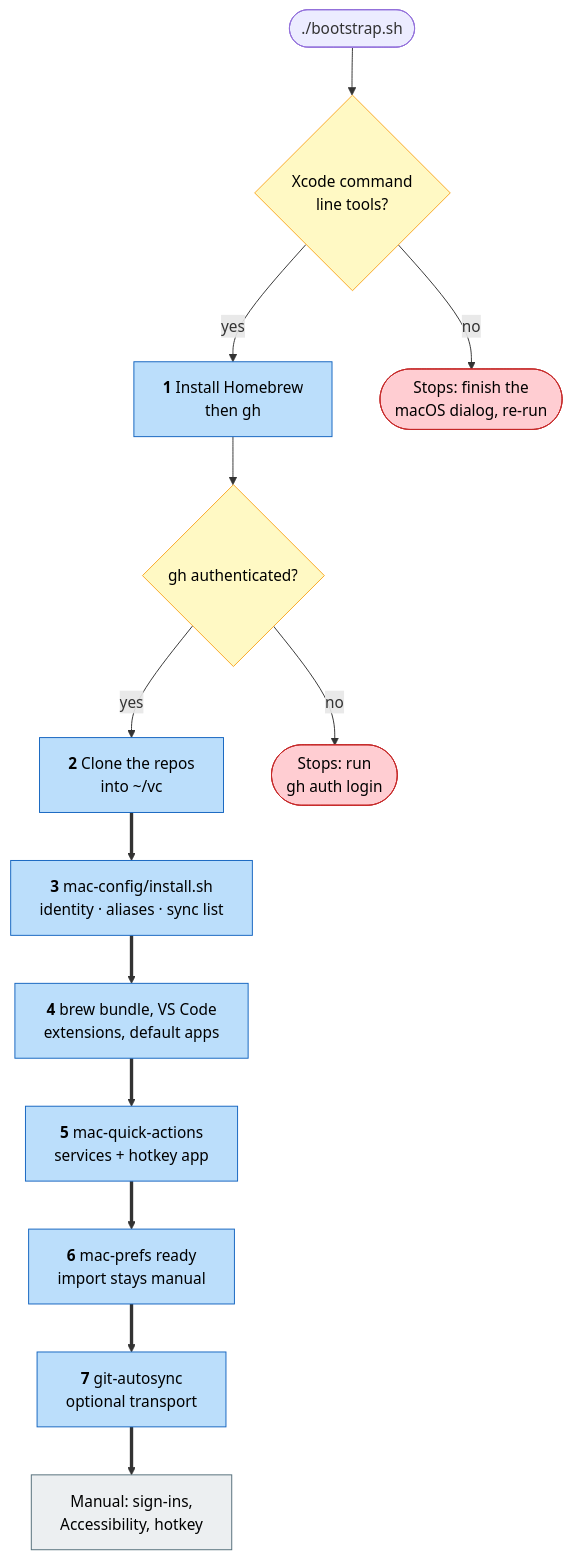
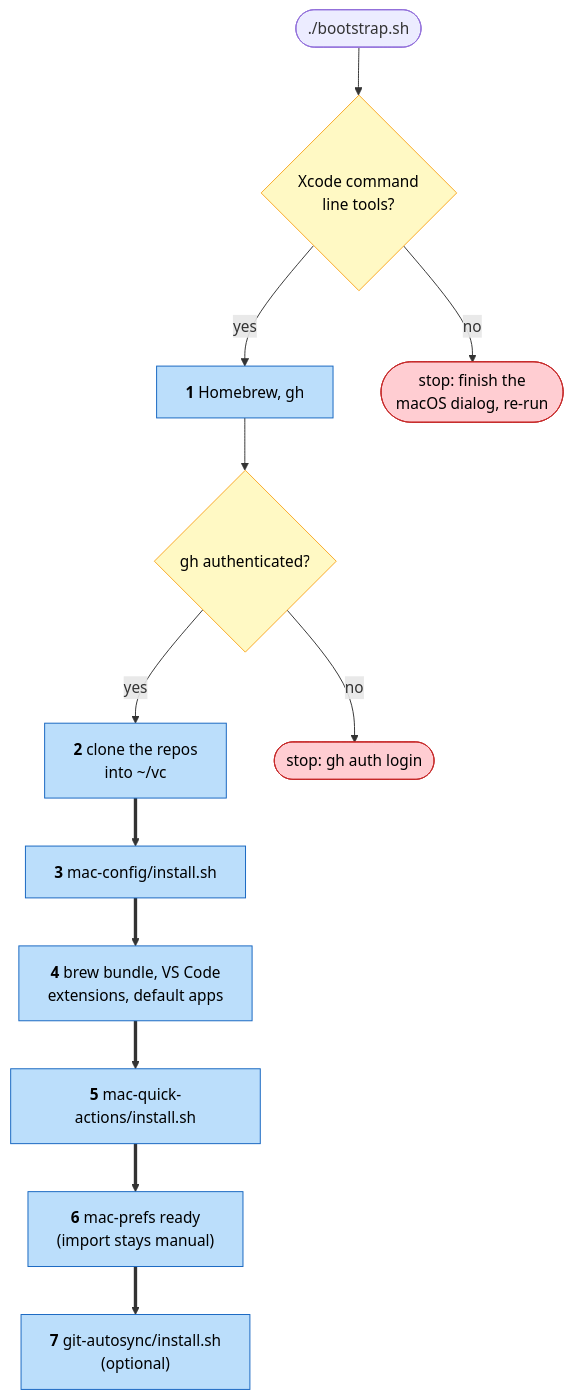
Before and after one commit to tiavelum/mac-bootstrap: the diagram in README.md, drawn with Mermaid. The commit also changed other lines of this file and 1 other file, not shown here.

Commit message:
README: what it is, how to run it, the particularities worth knowing — nothing the script says for itself; script header and comments trimmed to the whys

````diff
--- a/README.md
+++ b/README.md
@@ -159,44 +54,36 @@
 ```mermaid
 flowchart TB
   S(["`./bootstrap.sh`"])
   X1{"`Xcode command
   line tools?`"}
-  BREW["`**1** Install Homebrew
-  then gh`"]
+  BREW["`**1** Homebrew, gh`"]
   X2{"`gh authenticated?`"}
-  CLONE["`**2** Clone the repos
+  CLONE["`**2** clone the repos
   into ~/vc`"]
-  WIRE["`**3** mac-config/install.sh
-  identity · aliases · sync list`"]
+  WIRE["`**3** mac-config/install.sh`"]
   APPS["`**4** brew bundle, VS Code
   extensions, default apps`"]
-  TOOLS["`**5** mac-quick-actions
-  services + hotkey app`"]
+  TOOLS["`**5** mac-quick-actions/install.sh`"]
   PREFS["`**6** mac-prefs ready
-  import stays manual`"]
-  TRANS["`**7** git-autosync
-  optional transport`"]
-  MAN["`Manual: sign-ins,
-  Accessibility, hotkey`"]
-  STOP1(["`Stops: finish the
+  (import stays manual)`"]
+  TRANS["`**7** git-autosync/install.sh
+  (optional)`"]
+  STOP1(["`stop: finish the
   macOS dialog, re-run`"])
-  STOP2(["`Stops: run
-  gh auth login`"])
+  STOP2(["`stop: gh auth login`"])
 
   S --> X1
   X1 -->|no| STOP1
   X1 -->|yes| BREW
   BREW --> X2
   X2 -->|no| STOP2
   X2 -->|yes| CLONE
-  CLONE ==> WIRE ==> APPS ==> TOOLS ==> PREFS ==> TRANS ==> MAN
+  CLONE ==> WIRE ==> APPS ==> TOOLS ==> PREFS ==> TRANS
 
   classDef stop fill:#FFCDD2,stroke:#C62828,color:#000
   classDef gate fill:#FFF9C4,stroke:#F9A825,color:#000
   classDef step fill:#BBDEFB,stroke:#1565C0,color:#000
-  classDef manual fill:#ECEFF1,stroke:#546E7A,color:#000
   class STOP1,STOP2 stop
   class X1,X2 gate
   class BREW,CLONE,WIRE,APPS,TOOLS,PREFS,TRANS step
-  class MAN manual
 ```
````
